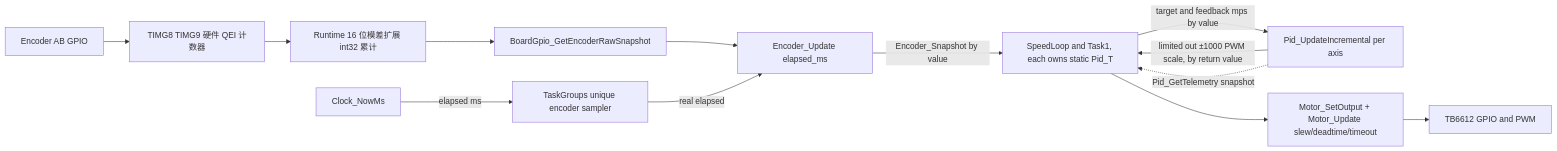
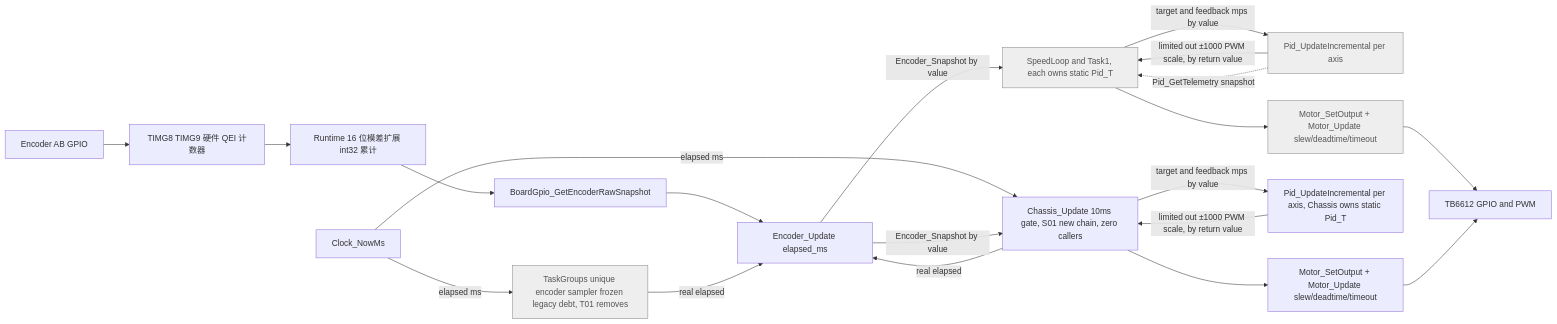
One commit to AigisYangyan/2026_NUEDC changed the first of 4 diagrams in agent/api_architecture_topology.md. Above: the diagram before and after it, drawn with Mermaid. The commit also changed other lines of this file and 2 other files, not shown here.

Commit message:
docs: S01 收官 —— 计划表置 DONE + 拓扑登记 Chassis_API/新旧双链过渡态/V10 部分闭合
- 计划表 §3: A00/S01 置 DONE, 证据结果与全部提交哈希入表
- 拓扑: Service_Layer 占位替换为 Chassis_API 真实签名; §5.1 新链与冻结旧链并存登记
  (过渡态双采样所有者事实: 新链零调用者, 所有权 T01 移交); V10 partially closed;
  §10 追加日志(140 PASS/0 FAIL, baseline 38→37)

````diff
--- a/agent/api_architecture_topology.md
+++ b/agent/api_architecture_topology.md
@@ -31,15 +31,28 @@
 ```mermaid
 flowchart LR
   EncGPIO[Encoder AB GPIO] --> QEI[TIMG8 TIMG9 硬件 QEI 计数器]
   QEI --> RawCount[Runtime 16 位模差扩展 int32 累计]
   RawCount --> BoardGpio[BoardGpio_GetEncoderRawSnapshot]
   BoardGpio --> Encoder[Encoder_Update elapsed_ms]
-  Clock[Clock_NowMs] -->|elapsed ms| SampleOwner[TaskGroups unique encoder sampler]
-  SampleOwner -->|real elapsed| Encoder
-  Encoder -->|Encoder_Snapshot by value| Consumers[SpeedLoop and Task1, each owns static Pid_T]
-  Consumers -->|target and feedback mps by value| PID[Pid_UpdateIncremental per axis]
-  PID -->|limited out ±1000 PWM scale, by return value| Consumers
-  PID -.->|Pid_GetTelemetry snapshot| Consumers
-  Consumers --> MotorSet[Motor_SetOutput + Motor_Update slew/deadtime/timeout]
-  MotorSet --> TB6612[TB6612 GPIO and PWM]
+
+  Clock[Clock_NowMs] -->|elapsed ms| SampleOwnerOld[TaskGroups unique encoder sampler frozen legacy debt, T01 removes]
+  SampleOwnerOld -->|real elapsed| Encoder
+  Encoder -->|Encoder_Snapshot by value| ConsumersOld[SpeedLoop and Task1, each owns static Pid_T]
+  ConsumersOld -->|target and feedback mps by value| PIDOld[Pid_UpdateIncremental per axis]
+  PIDOld -->|limited out ±1000 PWM scale, by return value| ConsumersOld
+  PIDOld -.->|Pid_GetTelemetry snapshot| ConsumersOld
+  ConsumersOld --> MotorSetOld[Motor_SetOutput + Motor_Update slew/deadtime/timeout]
+
+  Clock -->|elapsed ms| Chassis[Chassis_Update 10ms gate, S01 new chain, zero callers]
+  Chassis -->|real elapsed| Encoder
+  Encoder -->|Encoder_Snapshot by value| Chassis
+  Chassis -->|target and feedback mps by value| PIDNew[Pid_UpdateIncremental per axis, Chassis owns static Pid_T]
+  PIDNew -->|limited out ±1000 PWM scale, by return value| Chassis
+  Chassis --> MotorSetNew[Motor_SetOutput + Motor_Update slew/deadtime/timeout]
+
+  MotorSetOld --> TB6612[TB6612 GPIO and PWM]
+  MotorSetNew --> TB6612
+
+  classDef frozen fill:#eeeeee,stroke:#888888,color:#555555
+  class SampleOwnerOld,ConsumersOld,PIDOld,MotorSetOld frozen
 ```
````
